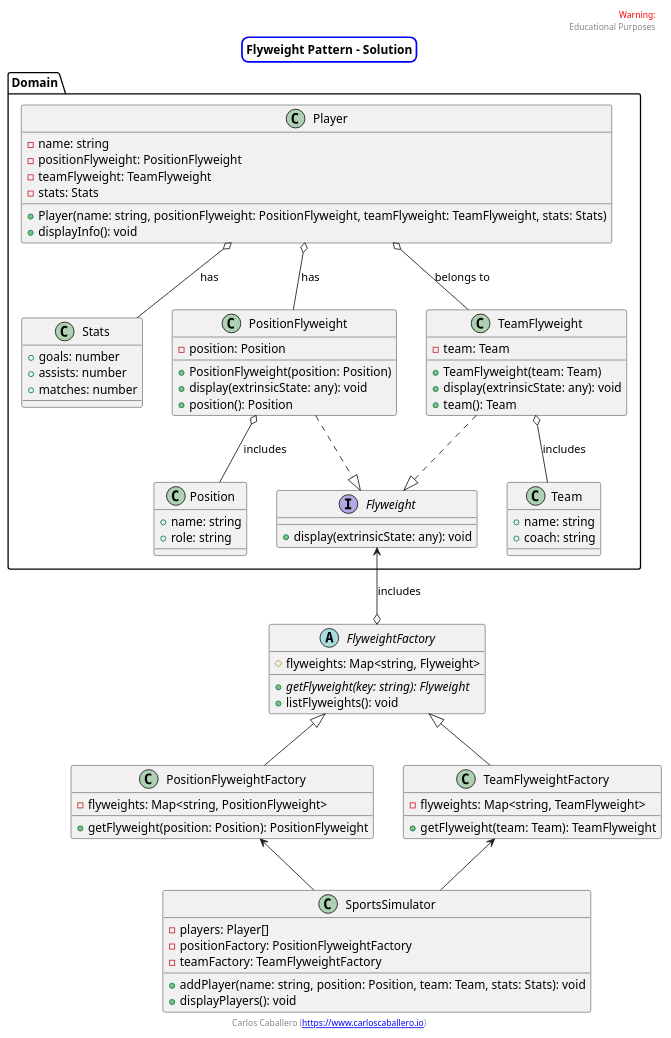
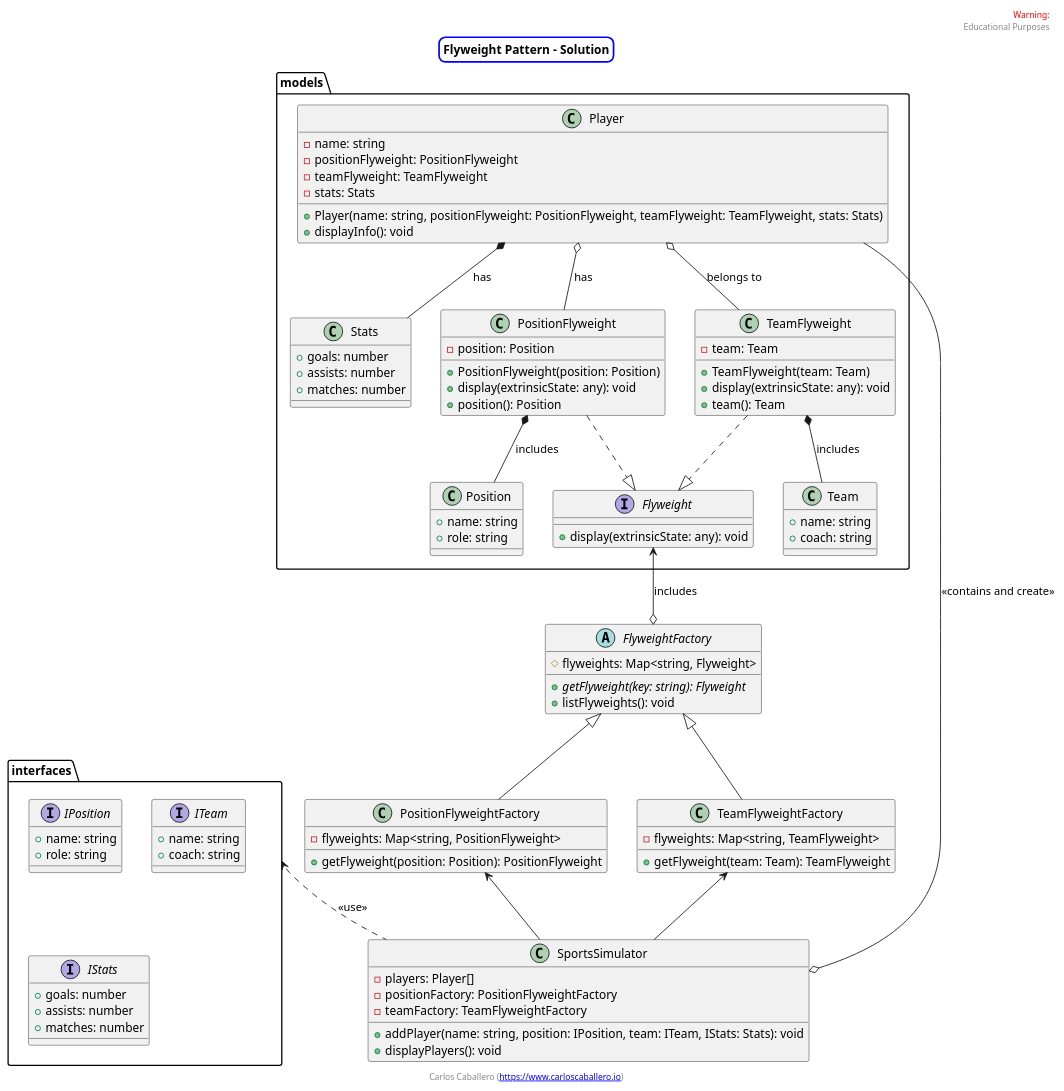
The diagram in flyweight-pattern/example2/solution/uml.puml (Caballerog/blog), drawn with PlantUML before and after one commit. The commit also changed 27 other files, not shown here.

```diff
--- a/flyweight-pattern/example2/solution/uml.puml
+++ b/flyweight-pattern/example2/solution/uml.puml
@@ -2,107 +2,132 @@
 @startuml
 skinparam titleBorderRoundCorner 15
 skinparam titleBorderThickness 2
 skinparam titleBorderColor blue
 
 
 header
 <font color=red>Warning:</font>
 Educational Purposes
 endheader
 
 center footer Carlos Caballero ([[https://www.carloscaballero.io https://www.carloscaballero.io]])
 
 
 title Flyweight Pattern - Solution
 
-package Domain {
+
+
+    package models {
     class Stats {
         + goals: number
         + assists: number
         + matches: number
     }
 
     class Player {
         - name: string
         - positionFlyweight: PositionFlyweight
         - teamFlyweight: TeamFlyweight
         - stats: Stats
         + Player(name: string, positionFlyweight: PositionFlyweight, teamFlyweight: TeamFlyweight, stats: Stats)
         + displayInfo(): void
     }
 
     class Position {
         + name: string
         + role: string
     }
 
     class Team {
         + name: string
         + coach: string
     }
 
+    
+
     interface Flyweight {
         + display(extrinsicState: any): void
     }
 
     class PositionFlyweight {
         - position: Position
         + PositionFlyweight(position: Position)
         + display(extrinsicState: any): void
         + position(): Position
     }
 
     class TeamFlyweight {
         - team: Team
         + TeamFlyweight(team: Team)
         + display(extrinsicState: any): void
         + team(): Team
     }
+    }
 
-}
+     package interfaces{
+        interface IPosition {
+            + name: string
+            + role: string
+        }
+        interface ITeam {
+            + name: string
+            + coach: string
+        }
+        interface IStats {
+            + goals: number
+            + assists: number
+            + matches: number
+        }
+    }
+
+
 
 abstract class FlyweightFactory {
     #flyweights: Map<string, Flyweight>
     + {abstract} getFlyweight(key: string): Flyweight
     + listFlyweights(): void
 }
 
 class PositionFlyweightFactory extends FlyweightFactory {
     - flyweights: Map<string, PositionFlyweight> 
     + getFlyweight(position: Position): PositionFlyweight
 }
 
 class TeamFlyweightFactory extends FlyweightFactory {
     - flyweights: Map<string, TeamFlyweight>
     + getFlyweight(team: Team): TeamFlyweight
 }
 
 
 class SportsSimulator {
     - players: Player[]
     - positionFactory: PositionFlyweightFactory
     - teamFactory: TeamFlyweightFactory
-    + addPlayer(name: string, position: Position, team: Team, stats: Stats): void
+    + addPlayer(name: string, position: IPosition, team: ITeam, IStats: Stats): void
     + displayPlayers(): void
 }
 
 
 Flyweight  <--o  FlyweightFactory : includes
  
 
-PositionFlyweight o-- Position : includes
-TeamFlyweight o-- Team : includes
+PositionFlyweight *-- Position : includes
+TeamFlyweight *-- Team : includes
 
 Player o--  PositionFlyweight : has
 Player  o-- TeamFlyweight : belongs to
-Player  o--  Stats : has
+Player  *--  Stats : has
 
 PositionFlyweight ..|> Flyweight 
 TeamFlyweight ..|> Flyweight 
 
 
 PositionFlyweightFactory <-- SportsSimulator
 TeamFlyweightFactory <-- SportsSimulator
 
+Player --o SportsSimulator : "<<contains and create>>"
+interfaces <.. SportsSimulator : "<<use>>"
+
+
 
 @enduml
```
